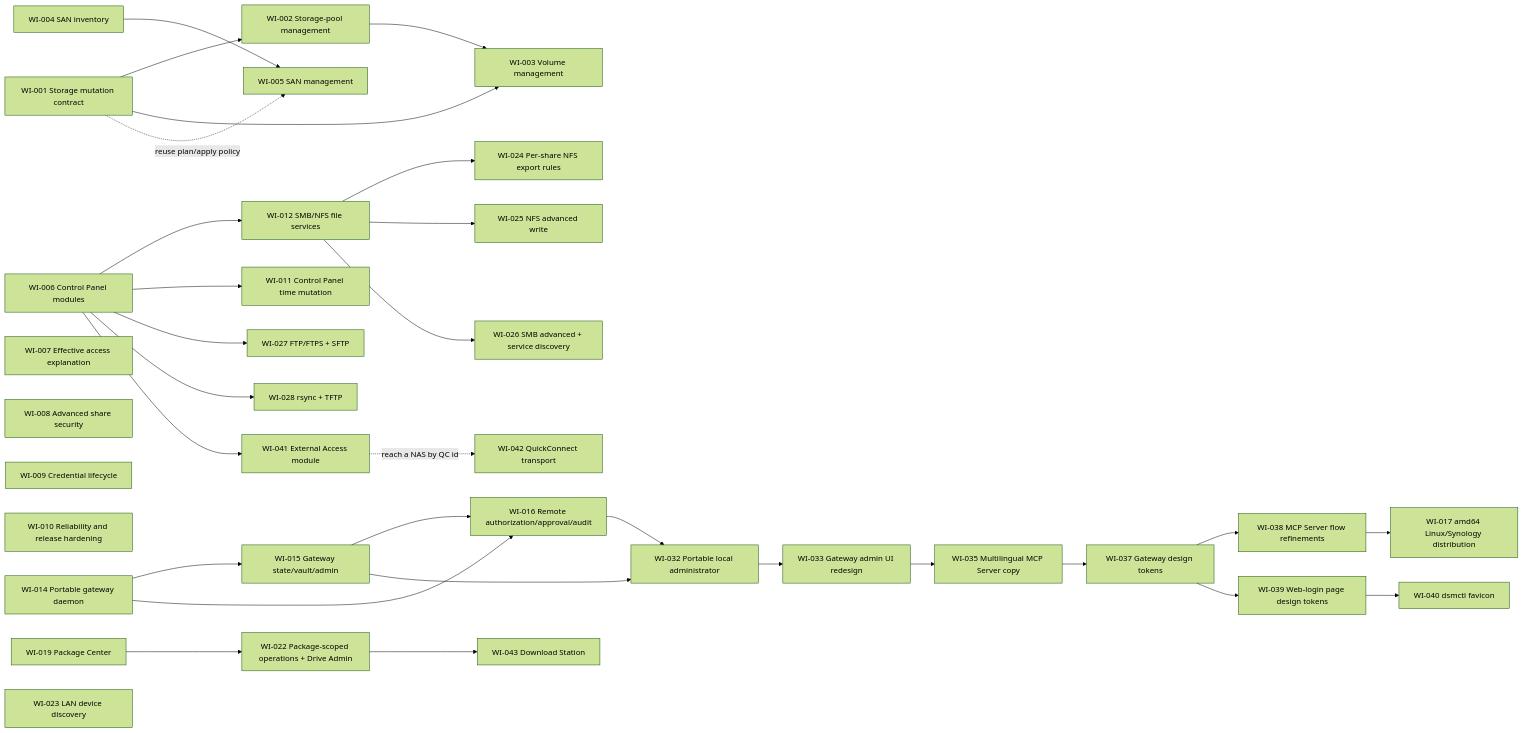
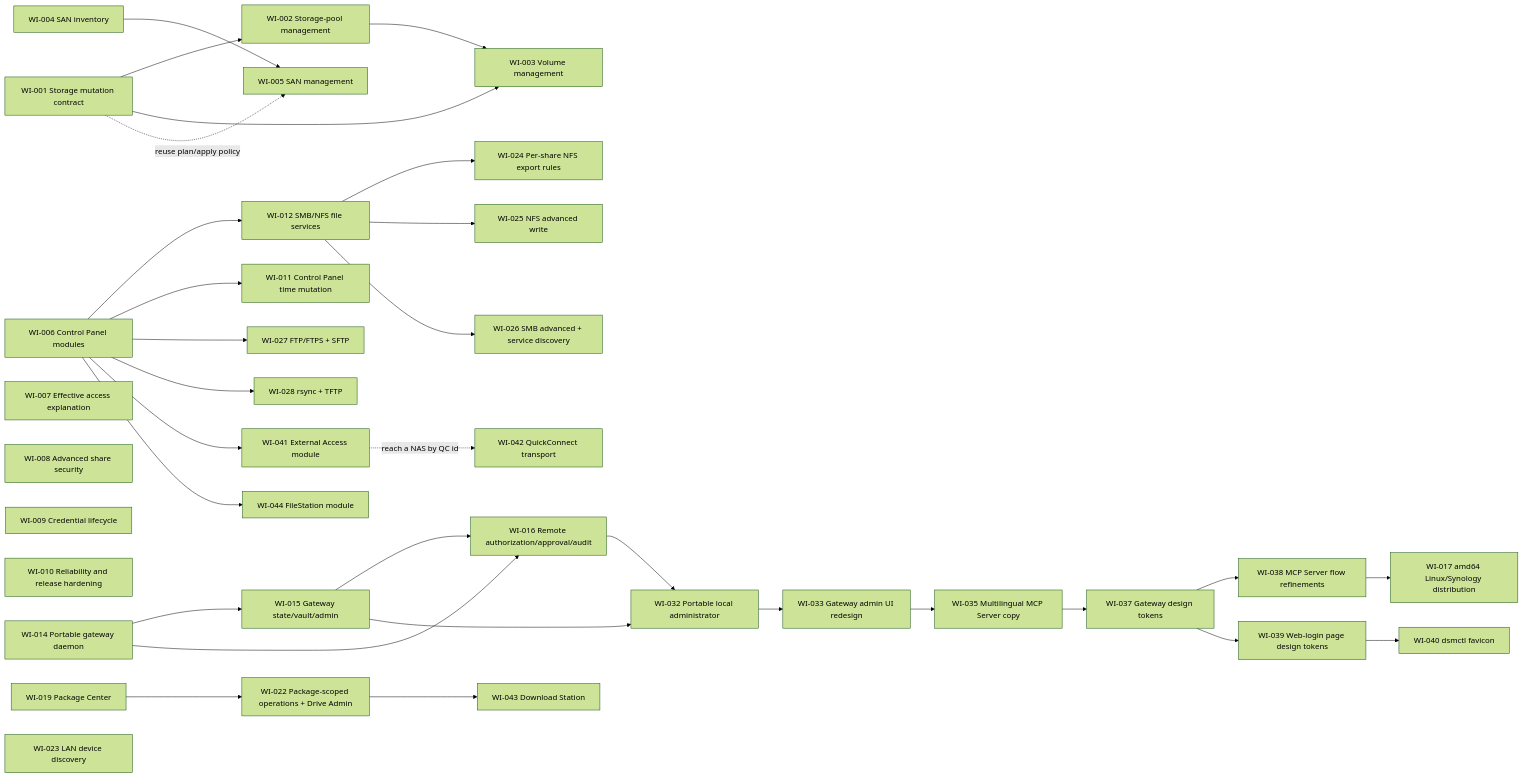
Before and after one commit to ychiu1211/dsmctl: the diagram in spec/roadmap.md, drawn with Mermaid (forest theme). The commit also changed other lines of this file and 25 other files, not shown here.

````diff
--- a/spec/roadmap.md
+++ b/spec/roadmap.md
@@ -9,37 +9,38 @@
 ```mermaid
 flowchart LR
   WI001["WI-001 Storage mutation contract"] --> WI002["WI-002 Storage-pool management"]
   WI001 --> WI003["WI-003 Volume management"]
   WI002 --> WI003
   WI004["WI-004 SAN inventory"] --> WI005["WI-005 SAN management"]
   WI001 -. "reuse plan/apply policy" .-> WI005
   WI006["WI-006 Control Panel modules"]
   WI006 --> WI012["WI-012 SMB/NFS file services"]
   WI006 --> WI011["WI-011 Control Panel time mutation"]
   WI012 --> WI024["WI-024 Per-share NFS export rules"]
   WI012 --> WI025["WI-025 NFS advanced write"]
   WI012 --> WI026["WI-026 SMB advanced + service discovery"]
   WI006 --> WI027["WI-027 FTP/FTPS + SFTP"]
   WI006 --> WI028["WI-028 rsync + TFTP"]
   WI007["WI-007 Effective access explanation"]
   WI008["WI-008 Advanced share security"]
   WI009["WI-009 Credential lifecycle"]
   WI010["WI-010 Reliability and release hardening"]
   WI014["WI-014 Portable gateway daemon"] --> WI015["WI-015 Gateway state/vault/admin"]
   WI014 --> WI016["WI-016 Remote authorization/approval/audit"]
   WI015 --> WI016
   WI015 --> WI032["WI-032 Portable local administrator"]
   WI016 --> WI032
   WI032 --> WI033["WI-033 Gateway admin UI redesign"]
   WI033 --> WI035["WI-035 Multilingual MCP Server copy"]
   WI035 --> WI037["WI-037 Gateway design tokens"]
   WI037 --> WI038["WI-038 MCP Server flow refinements"]
   WI038 --> WI017["WI-017 amd64 Linux/Synology distribution"]
   WI037 --> WI039["WI-039 Web-login page design tokens"]
   WI039 --> WI040["WI-040 dsmctl favicon"]
   WI006 --> WI041["WI-041 External Access module"]
   WI041 -. "reach a NAS by QC id" .-> WI042["WI-042 QuickConnect transport"]
   WI019["WI-019 Package Center"] --> WI022["WI-022 Package-scoped operations + Drive Admin"]
   WI022 --> WI043["WI-043 Download Station"]
+  WI006 --> WI044["WI-044 FileStation module"]
   WI023["WI-023 LAN device discovery"]
 ```
````
